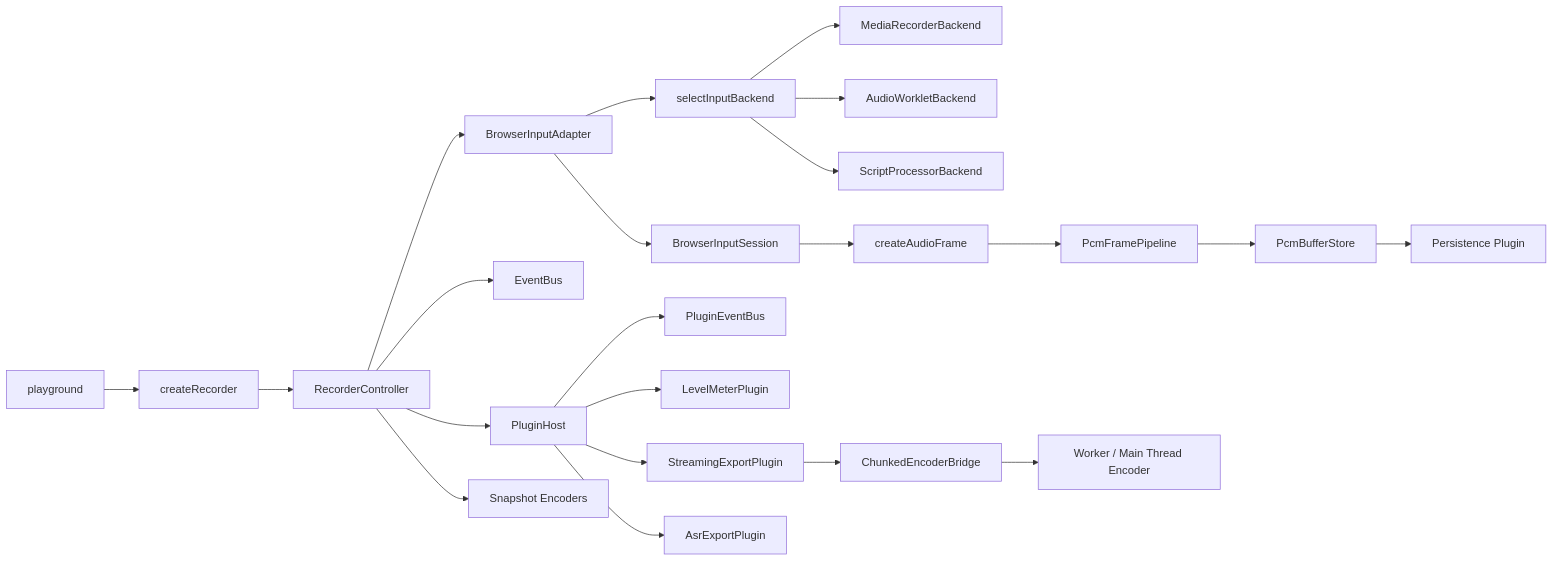
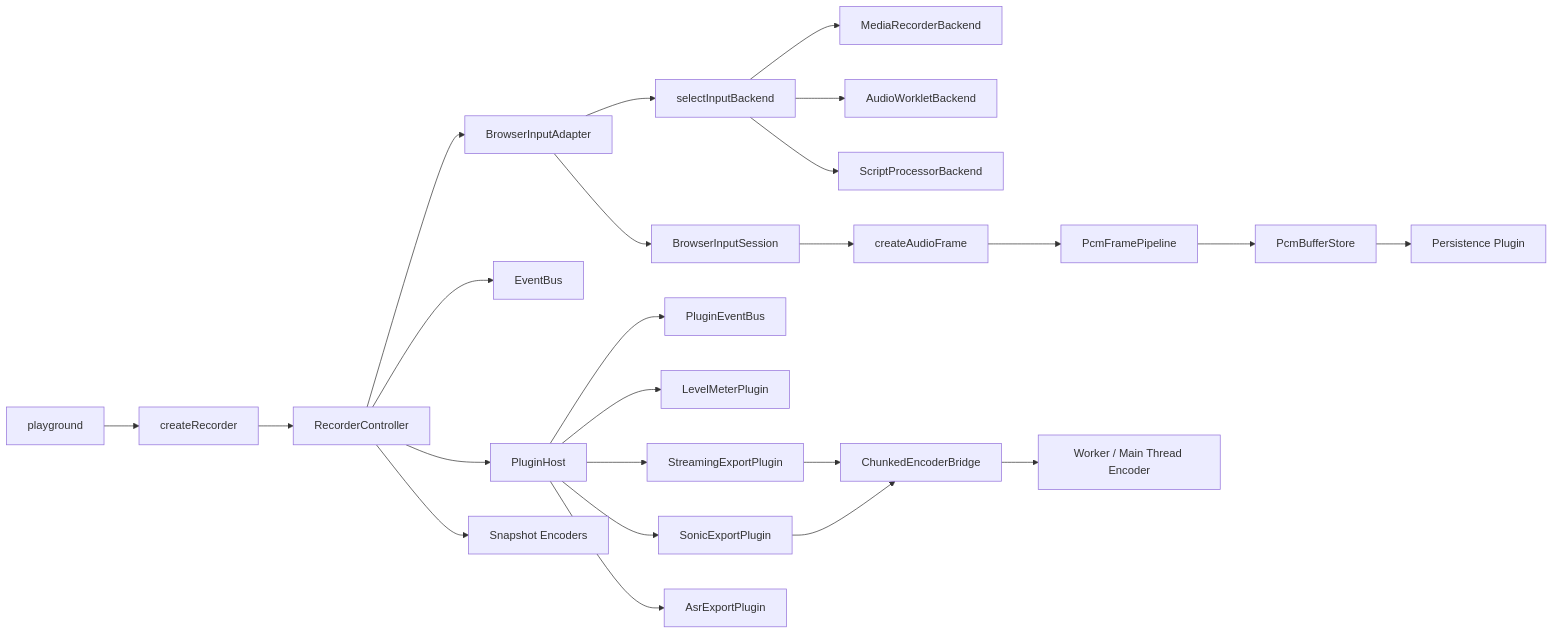
One commit to CSNight/audio-recorder changed the first of 6 diagrams in docs/architecture/execution-chain.md. Above: the diagram before and after it, drawn with Mermaid. The commit also changed other lines of this file and 22 other files, not shown here.

Commit message:
feat: add new plugin sonic

````diff
--- a/docs/architecture/execution-chain.md
+++ b/docs/architecture/execution-chain.md
@@ -24,24 +24,26 @@
 ```mermaid
 flowchart LR
   A[createRecorder] --> B[RecorderController]
   B --> C[BrowserInputAdapter]
   C --> D[BrowserInputSession]
   C --> E[selectInputBackend]
   E --> E1[MediaRecorderBackend]
   E --> E2[AudioWorkletBackend]
   E --> E3[ScriptProcessorBackend]
   D --> F[createAudioFrame]
   F --> G[PcmFramePipeline]
   G --> H[PcmBufferStore]
   B --> I[EventBus]
   B --> J[PluginHost]
   J --> K[PluginEventBus]
     J --> L1[LevelMeterPlugin]
     J --> L2[StreamingExportPlugin]
-    J --> L3[AsrExportPlugin]
+    J --> L3[SonicExportPlugin]
+    J --> L4[AsrExportPlugin]
     L2 --> M[ChunkedEncoderBridge]
+    L3 --> M
     M --> N[Worker / Main Thread Encoder]
     B --> O[Snapshot Encoders]
     H --> P[Persistence Plugin]
     Q[playground] --> A
 ```
````
